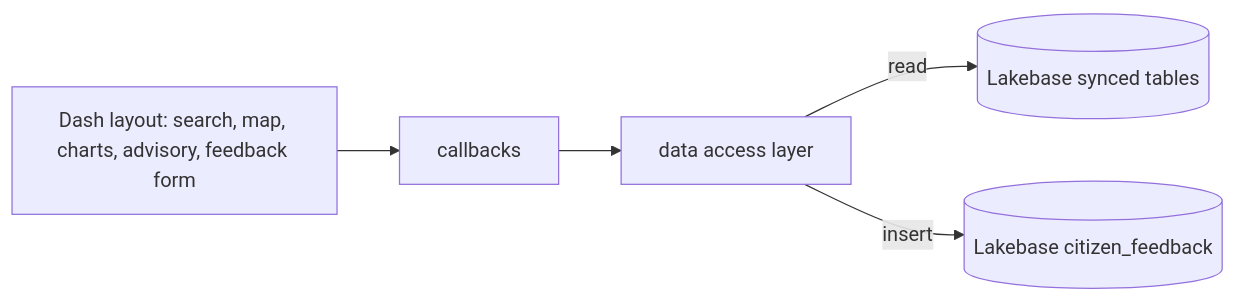
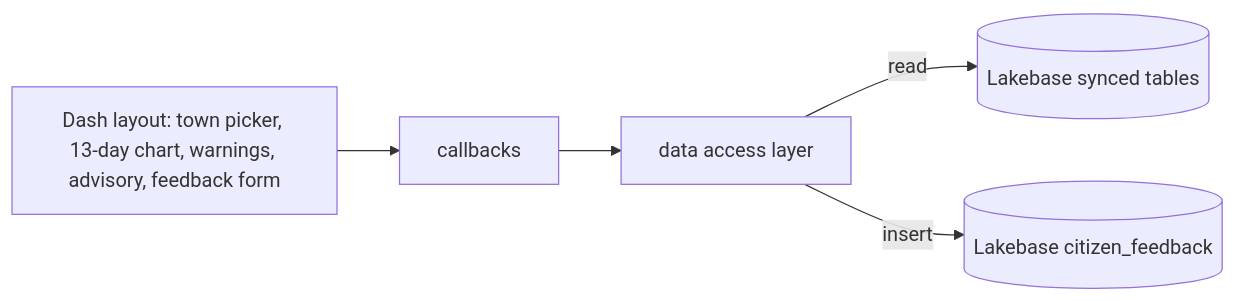
One commit to jose-alberto-salazar-jimenez/databricks_demos changed the fifth of 5 diagrams in e2e_industry_solutions/weather_forecast_warning_comms/ARCHITECTURE.md. Above: the diagram before and after it, drawn with Mermaid. The commit also changed other lines of this file and 14 other files, not shown here.

````diff
--- a/e2e_industry_solutions/weather_forecast_warning_comms/ARCHITECTURE.md
+++ b/e2e_industry_solutions/weather_forecast_warning_comms/ARCHITECTURE.md
@@ -149,7 +124,7 @@
 ```mermaid
 flowchart LR
-  ui[Dash layout: search, map, charts, advisory, feedback form] --> cb[callbacks]
+  ui[Dash layout: town picker, 13-day chart, warnings, advisory, feedback form] --> cb[callbacks]
   cb --> dal[data access layer]
   dal -->|read| synced[(Lakebase synced tables)]
   dal -->|insert| fb[(Lakebase citizen_feedback)]
 ```
````
